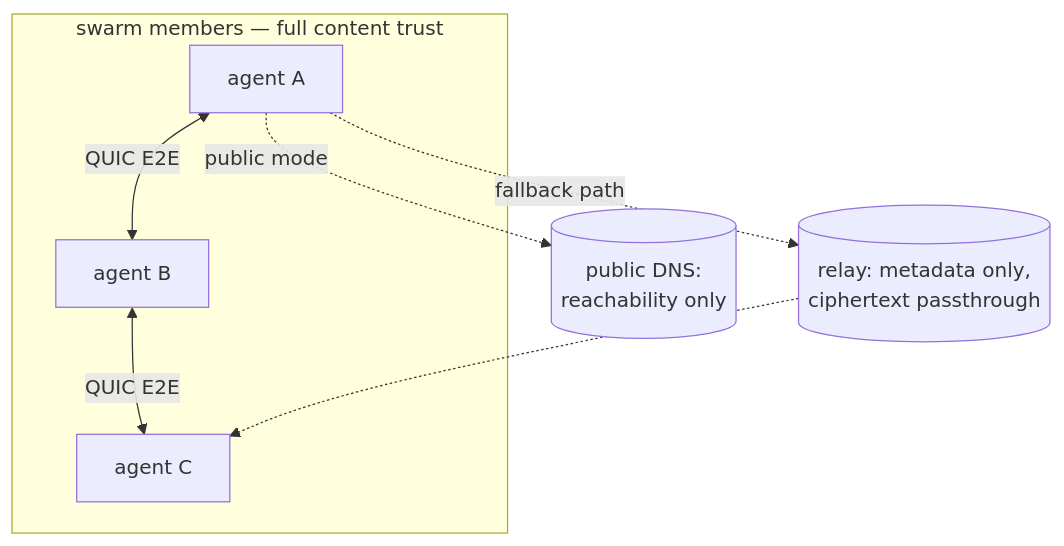
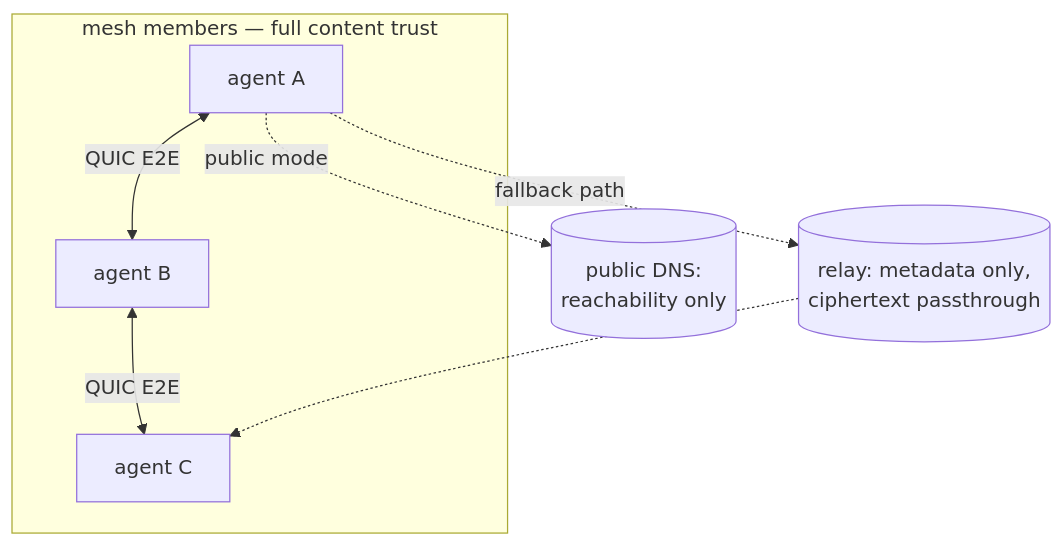
One commit to agent-habilis/agent-gossip changed the diagram in docs/security.md. Above: the diagram before and after it, drawn with Mermaid. The commit also changed other lines of this file and 382 other files, not shown here.

First line of the commit message:
refactor: rename agent-gossip to agent-mesh and swarm to mesh

````diff
--- a/docs/security.md
+++ b/docs/security.md
@@ -48,15 +48,15 @@
 ```mermaid
 flowchart TB
-    subgraph swarm["swarm members — full content trust"]
+    subgraph mesh["mesh members — full content trust"]
         A[agent A]
         B[agent B]
         C[agent C]
     end
     R[(relay: metadata only,<br/>ciphertext passthrough)]
     D[(public DNS:<br/>reachability only)]
     A <-->|QUIC E2E| B
     B <-->|QUIC E2E| C
     A -.->|fallback path| R
     R -.-> C
     A -.->|public mode| D
 ```
````
